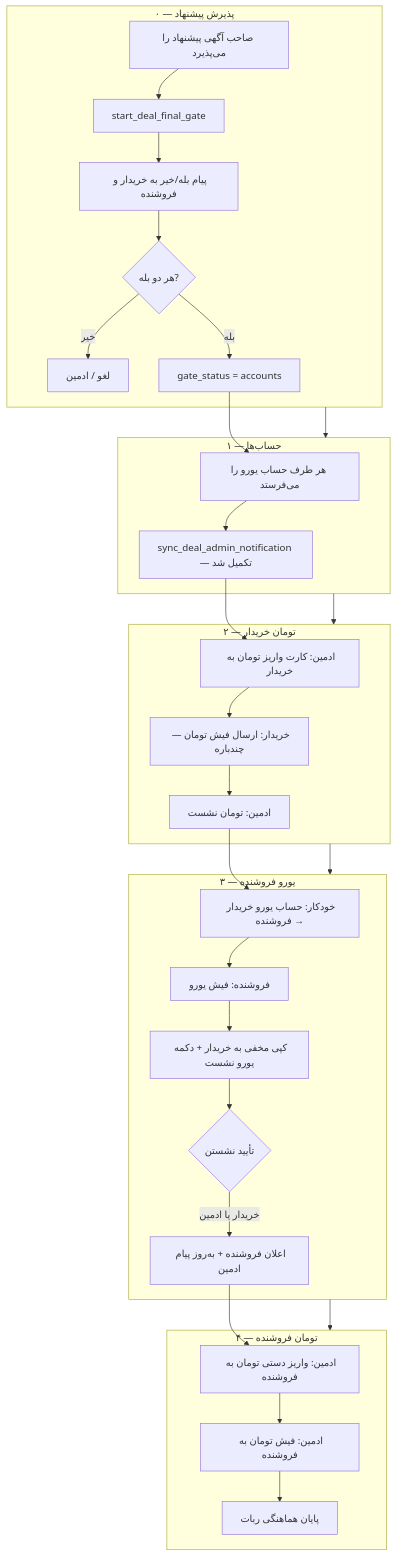
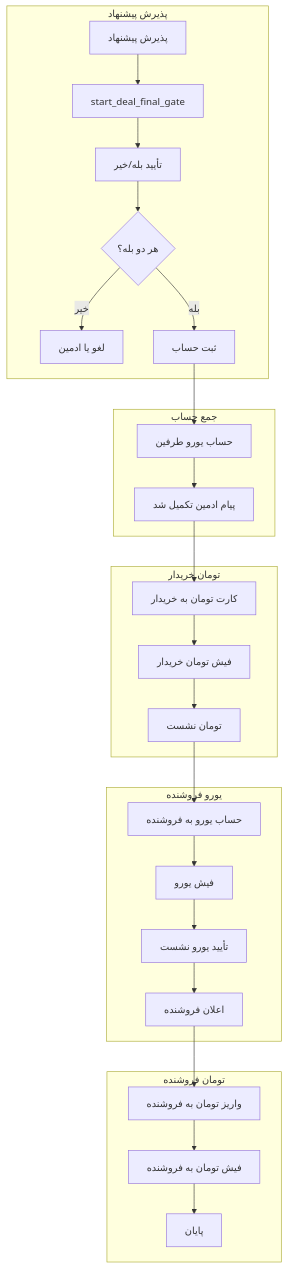
Before and after one commit to soha15167/Sepid_Exchange_Bot: the diagram in docs/DEAL_GATE.md, drawn with Mermaid. The commit also changed 1 other file, not shown here.

Commit message:
Fix Mermaid diagrams for GitHub rendering.
Quote node labels and remove @ from flowchart syntax that broke the architecture diagram on README.

````diff
--- a/docs/DEAL_GATE.md
+++ b/docs/DEAL_GATE.md
@@ -24,37 +24,34 @@
 ```mermaid
 flowchart TB
-    subgraph phase0 [۰ — پذیرش پیشنهاد]
-        A[صاحب آگهی پیشنهاد را می‌پذیرد] --> B[start_deal_final_gate]
-        B --> C[پیام بله/خیر به خریدار و فروشنده]
-        C --> D{هر دو بله?}
-        D -->|خیر| X[لغو / ادمین]
-        D -->|بله| E[gate_status = accounts]
+    subgraph phase0 ["پذیرش پیشنهاد"]
+        A["پذیرش پیشنهاد"] --> B["start_deal_final_gate"]
+        B --> C["تأیید بله/خیر"]
+        C --> D{"هر دو بله؟"}
+        D -->|خیر| X["لغو یا ادمین"]
+        D -->|بله| E["ثبت حساب"]
     end
 
-    subgraph phase1 [۱ — حساب‌ها]
-        E --> F[هر طرف حساب یورو را می‌فرستد]
-        F --> G[sync_deal_admin_notification — تکمیل شد]
+    subgraph phase1 ["جمع حساب"]
+        E --> F["حساب یورو طرفین"]
+        F --> G["پیام ادمین تکمیل شد"]
     end
 
-    subgraph phase2 [۲ — تومان خریدار]
-        G --> H[ادمین: کارت واریز تومان به خریدار]
-        H --> I[خریدار: ارسال فیش تومان — چندباره]
-        I --> J[ادمین: تومان نشست]
+    subgraph phase2 ["تومان خریدار"]
+        G --> H["کارت تومان به خریدار"]
+        H --> I["فیش تومان خریدار"]
+        I --> J["تومان نشست"]
     end
 
-    subgraph phase3 [۳ — یورو فروشنده]
-        J --> K[خودکار: حساب یورو خریدار → فروشنده]
-        K --> L[فروشنده: فیش یورو]
-        L --> M[کپی مخفی به خریدار + دکمه یورو نشست]
-        M --> N{تأیید نشستن}
-        N -->|خریدار یا ادمین| O[اعلان فروشنده + به‌روز پیام ادمین]
+    subgraph phase3 ["یورو فروشنده"]
+        J --> K["حساب یورو به فروشنده"]
+        K --> L["فیش یورو"]
+        L --> M["تأیید یورو نشست"]
+        M --> O["اعلان فروشنده"]
     end
 
-    subgraph phase4 [۴ — تومان فروشنده]
-        O --> P[ادمین: واریز دستی تومان به فروشنده]
-        P --> Q[ادمین: فیش تومان به فروشنده]
-        Q --> R[پایان هماهنگی ربات]
+    subgraph phase4 ["تومان فروشنده"]
+        O --> P["واریز تومان به فروشنده"]
+        P --> Q["فیش تومان به فروشنده"]
+        Q --> R["پایان"]
     end
-
-    phase0 --> phase1 --> phase2 --> phase3 --> phase4
 ```
````
